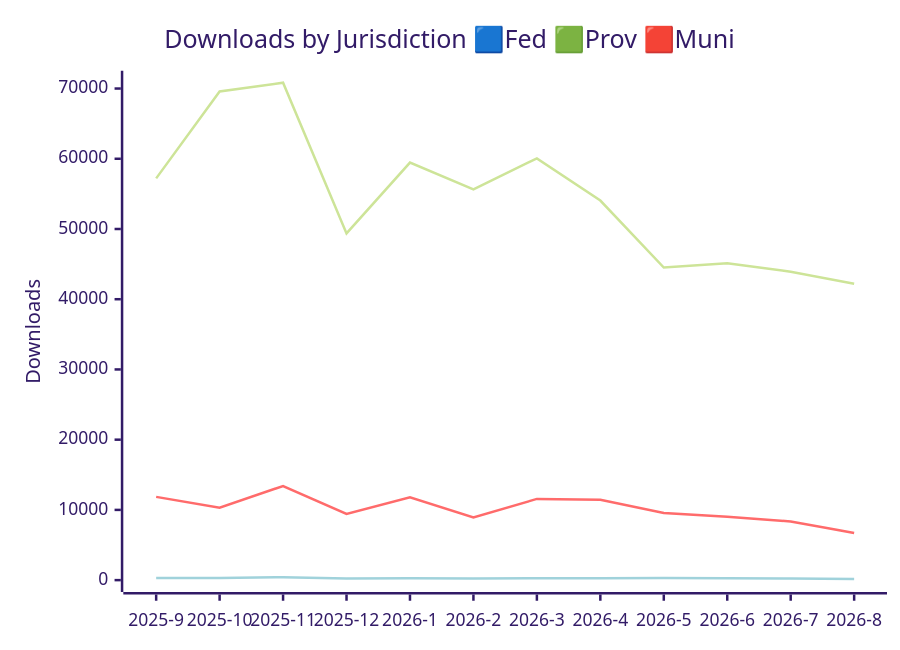
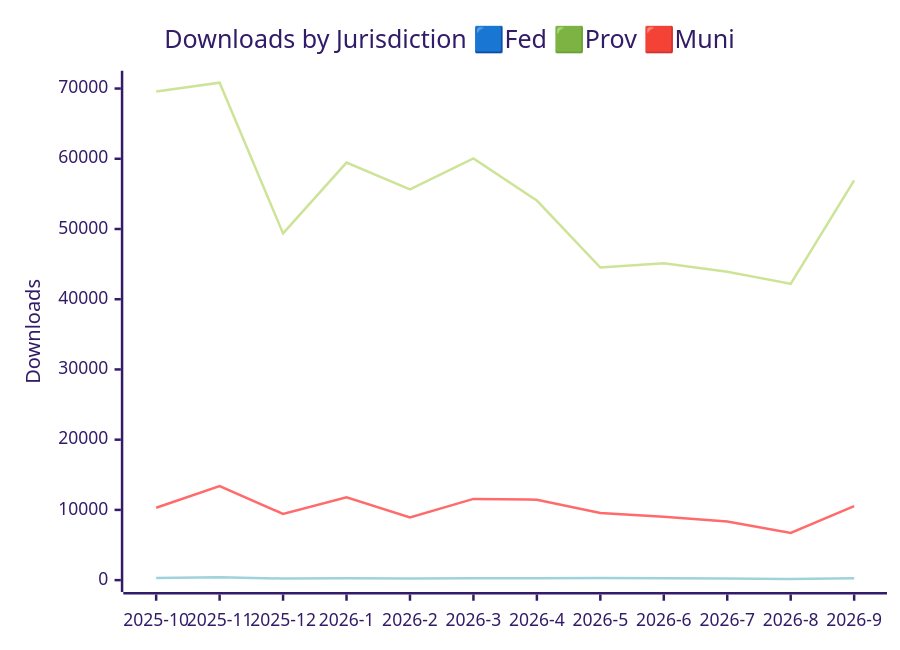
One commit to PatLittle/analytics-corporate-reporting changed the first of 3 diagrams in JURISDICTION_ANALYTICS_REPORT/readme.md. Above: the diagram before and after it, drawn with Mermaid (forest theme). The commit also changed other lines of this file and 2 other files, not shown here.

````diff
--- a/JURISDICTION_ANALYTICS_REPORT/readme.md
+++ b/JURISDICTION_ANALYTICS_REPORT/readme.md
@@ -14,10 +14,10 @@
 ```mermaid
 
 xychart-beta
     title "Downloads by Jurisdiction 🟦Fed 🟩Prov 🟥Muni"
-    x-axis [2025-9, 2025-10, 2025-11, 2025-12, 2026-1, 2026-2, 2026-3, 2026-4, 2026-5, 2026-6, 2026-7, 2026-8]
+    x-axis [2025-10, 2025-11, 2025-12, 2026-1, 2026-2, 2026-3, 2026-4, 2026-5, 2026-6, 2026-7, 2026-8, 2026-9]
     y-axis "Downloads" 0 --> 70842
-    line [57206, 69574, 70832, 49370, 59452, 55647, 60056, 54050, 44517, 45104, 43913, 42192]
-    line [11853, 10310, 13400, 9423, 11789, 8917, 11563, 11458, 9555, 9012, 8349, 6722]
-    line [305, 313, 420, 224, 270, 228, 269, 267, 286, 274, 238, 159]
+    line [69574, 70832, 49370, 59452, 55647, 60056, 54050, 44517, 45104, 43913, 42192, 56923]
+    line [10310, 13400, 9423, 11789, 8917, 11563, 11458, 9555, 9012, 8349, 6722, 10551]
+    line [313, 420, 224, 270, 228, 269, 267, 286, 274, 238, 159, 263]
 ```
````
